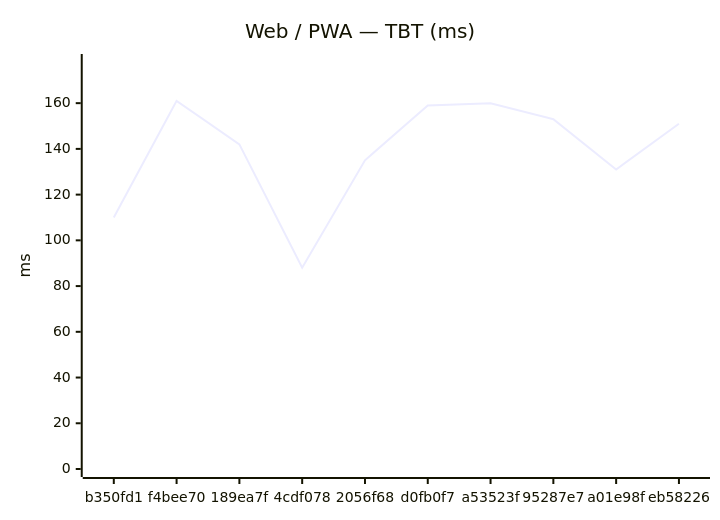
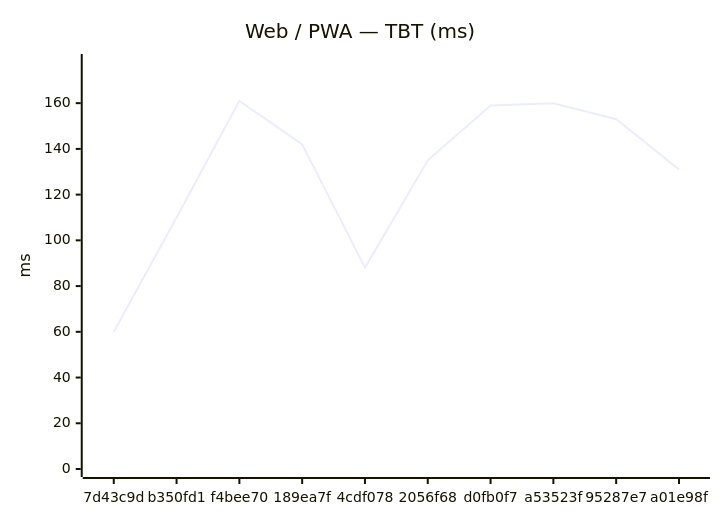
One commit to Metaheurist/Rianell changed the second of 18 diagrams in benchmarks/compare.md. Above: the diagram before and after it, drawn with Mermaid. The commit also changed other lines of this file and 11 other files, not shown here.

````diff
--- a/benchmarks/compare.md
+++ b/benchmarks/compare.md
@@ -31,7 +31,7 @@
 ```mermaid
 xychart-beta
     title "Web / PWA — TBT (ms)"
-    x-axis ["b350fd1", "f4bee70", "189ea7f", "4cdf078", "2056f68", "d0fb0f7", "a53523f", "95287e7", "a01e98f", "eb58226"]
+    x-axis ["7d43c9d", "b350fd1", "f4bee70", "189ea7f", "4cdf078", "2056f68", "d0fb0f7", "a53523f", "95287e7", "a01e98f"]
     y-axis "ms" 0 --> 178
-    line [110, 161, 142, 88, 135, 159, 160, 153, 131, 151]
+    line [60, 110, 161, 142, 88, 135, 159, 160, 153, 131]
 ```
````
